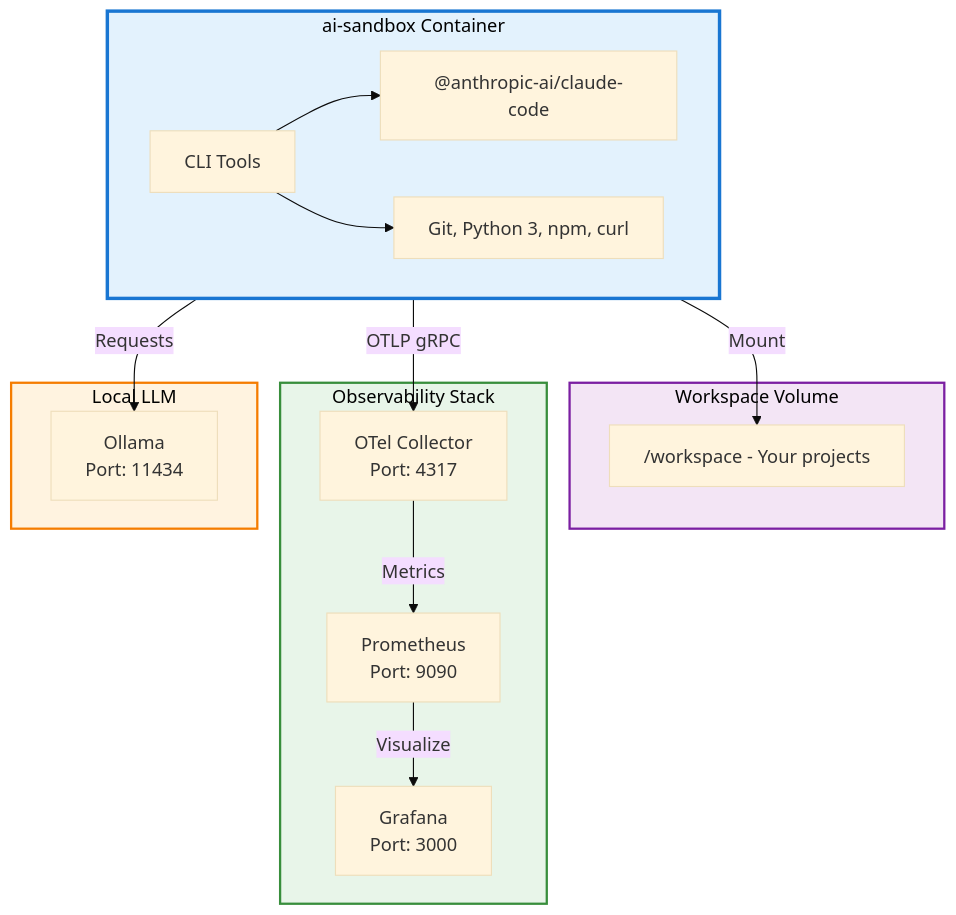
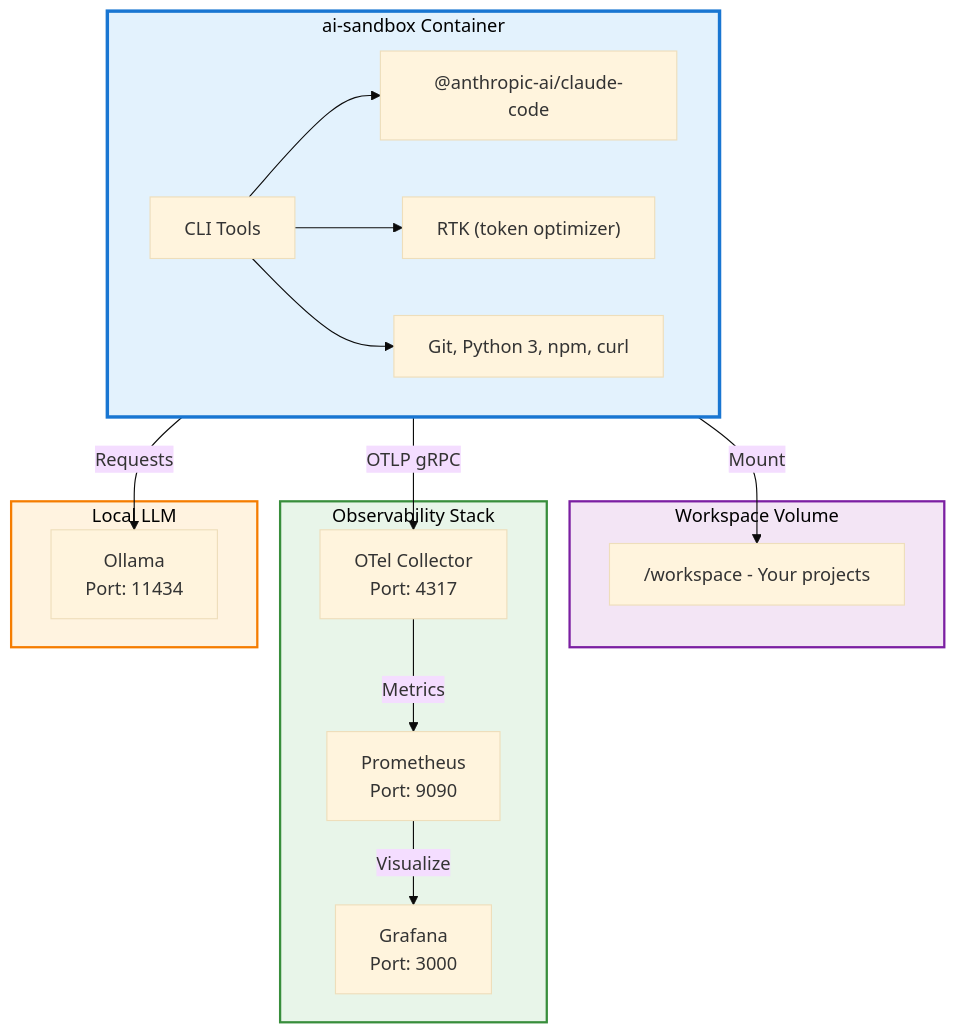
The diagram in README.md (fisheatfish/ai-sandbox), drawn with Mermaid (base theme) before and after one commit. The commit also changed other lines of this file and 2 other files, not shown here.

First line of the commit message:
feat: add RTK for token optimization (#17)

````diff
--- a/README.md
+++ b/README.md
@@ -76,38 +76,40 @@
 ```mermaid
 graph TB
     subgraph ai_sandbox["ai-sandbox Container"]
         direction LR
         cli["CLI Tools"]
         claude["@anthropic-ai/claude-code"]
+        rtk["RTK (token optimizer)"]
         utils["Git, Python 3, npm, curl"]
 
         cli --> claude
+        cli --> rtk
         cli --> utils
     end
 
     subgraph workspace["Workspace Volume"]
         ws["/workspace - Your projects"]
     end
 
     subgraph observability["Observability Stack"]
         otlp["OTel Collector<br/>Port: 4317"]
         prom["Prometheus<br/>Port: 9090"]
         grafana["Grafana<br/>Port: 3000"]
 
         otlp -->|Metrics| prom
         prom -->|Visualize| grafana
     end
 
     subgraph llm["Local LLM"]
         ollama["Ollama<br/>Port: 11434"]
     end
 
     ai_sandbox -->|OTLP gRPC| otlp
     ai_sandbox -->|Mount| ws
     ai_sandbox -->|Requests| ollama
 
     style ai_sandbox fill:#e3f2fd,stroke:#1976d2,stroke-width:3px,color:#000
     style workspace fill:#f3e5f5,stroke:#7b1fa2,stroke-width:2px,color:#000
     style observability fill:#e8f5e9,stroke:#388e3c,stroke-width:2px,color:#000
     style llm fill:#fff3e0,stroke:#f57c00,stroke-width:2px,color:#000
 ```
````
